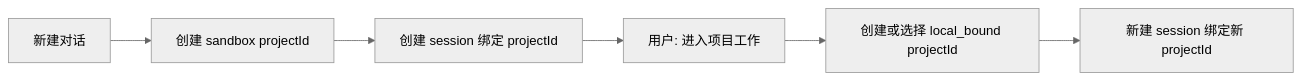
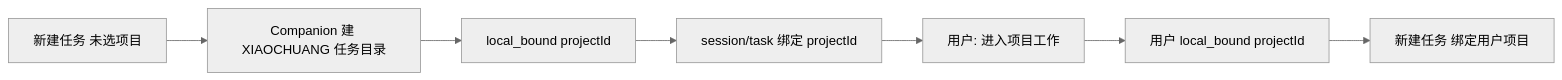
The second of 7 diagrams in PRD-小窗.md (zhaozhaozhiyi/XIAOCHUANGx), drawn with Mermaid (neutral theme) before and after one commit. The commit also changed other lines of this file and 87 other files, not shown here.

````diff
--- a/PRD-小窗.md
+++ b/PRD-小窗.md
@@ -488,13 +577,14 @@
 ```mermaid
 flowchart LR
-  NewChat[新建对话]
-  Sandbox[创建 sandbox projectId]
-  Session[创建 session 绑定 projectId]
+  NewTask[新建任务 未选项目]
+  Ensure[Companion 建 XIAOCHUANG 任务目录]
+  Proj[local_bound projectId]
+  Session[session/task 绑定 projectId]
   Optional[用户: 进入项目工作]
-  Local[创建或选择 local_bound projectId]
-  NewSession[新建 session 绑定新 projectId]
+  UserLocal[用户 local_bound projectId]
+  NewTask2[新建任务 绑定用户项目]
 
-  NewChat --> Sandbox --> Session
+  NewTask --> Ensure --> Proj --> Session
   Session --> Optional
-  Optional --> Local --> NewSession
+  Optional --> UserLocal --> NewTask2
 ```
````
